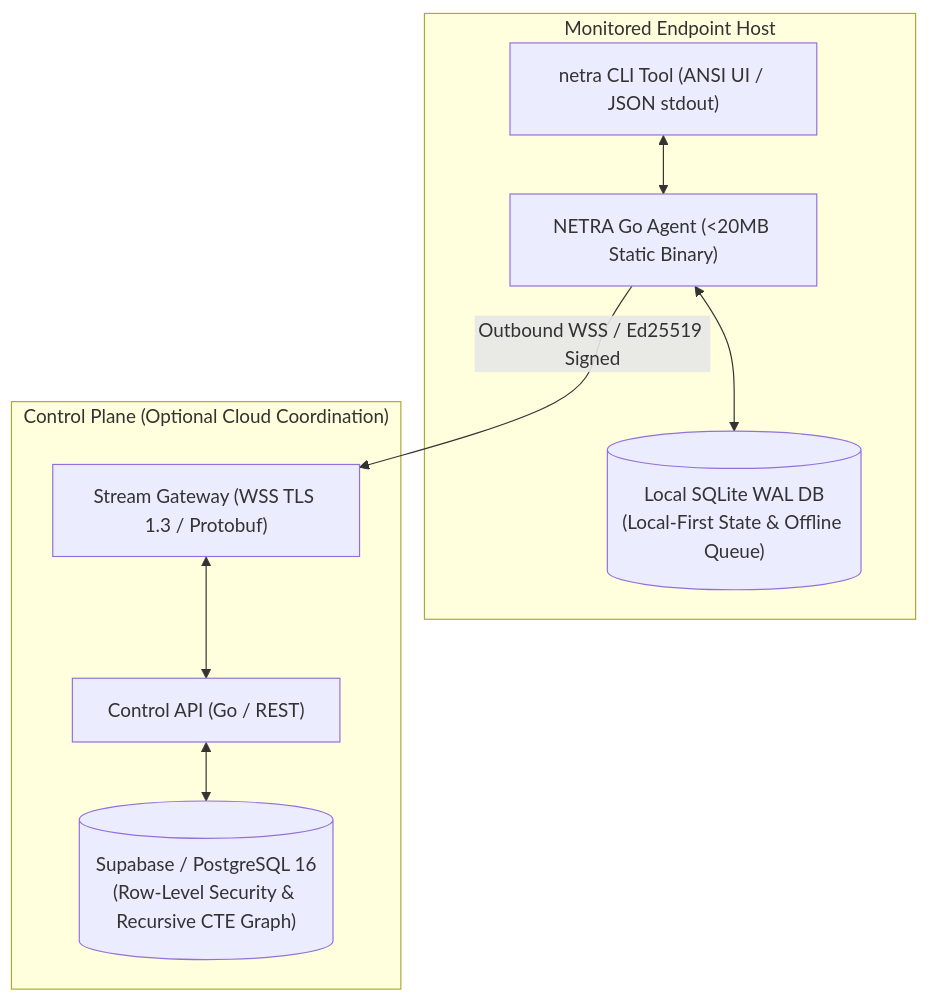
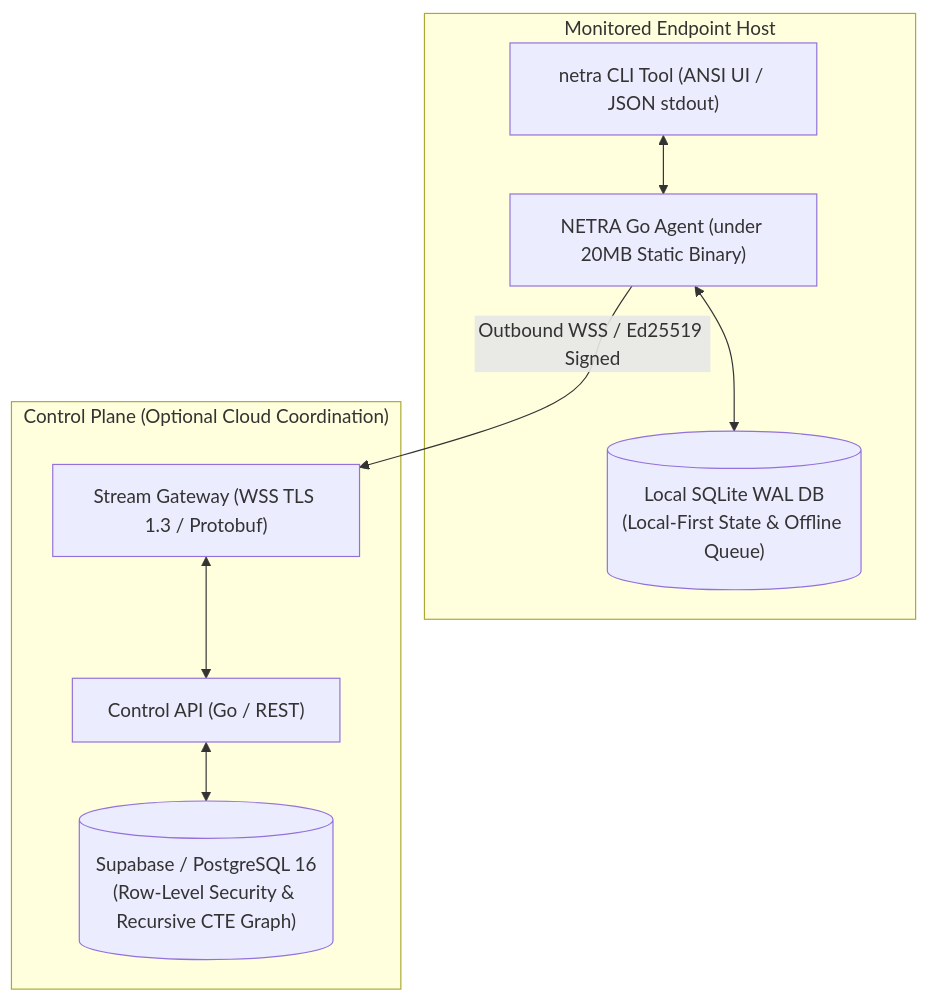
Before and after one commit to Subhadip-Paul2006/NETRA-Backend: the first of 2 diagrams in README.md, drawn with Mermaid. The commit also changed 14 other files, not shown here.

Commit message:
fix(docs): resolve GitHub Mermaid diagram lexical errors and KaTeX math formatting across all specifications

````diff
--- a/README.md
+++ b/README.md
@@ -41,22 +41,22 @@
 ```mermaid
 flowchart TD
     subgraph Host["Monitored Endpoint Host"]
-        Agent["NETRA Go Agent (<20MB Static Binary)"]
+        Agent["NETRA Go Agent (under 20MB Static Binary)"]
         SQLite[("Local SQLite WAL DB<br/>(Local-First State & Offline Queue)")]
         CLI["netra CLI Tool (ANSI UI / JSON stdout)"]
         
         Agent <--> SQLite
         CLI <--> Agent
     end
 
     subgraph ControlPlane["Control Plane (Optional Cloud Coordination)"]
         Gateway["Stream Gateway (WSS TLS 1.3 / Protobuf)"]
         ControlAPI["Control API (Go / REST)"]
         Postgres[("Supabase / PostgreSQL 16<br/>(Row-Level Security & Recursive CTE Graph)")]
         
         Gateway <--> ControlAPI
         ControlAPI <--> Postgres
     end
 
     Agent -->|Outbound WSS / Ed25519 Signed| Gateway
 ```
````
